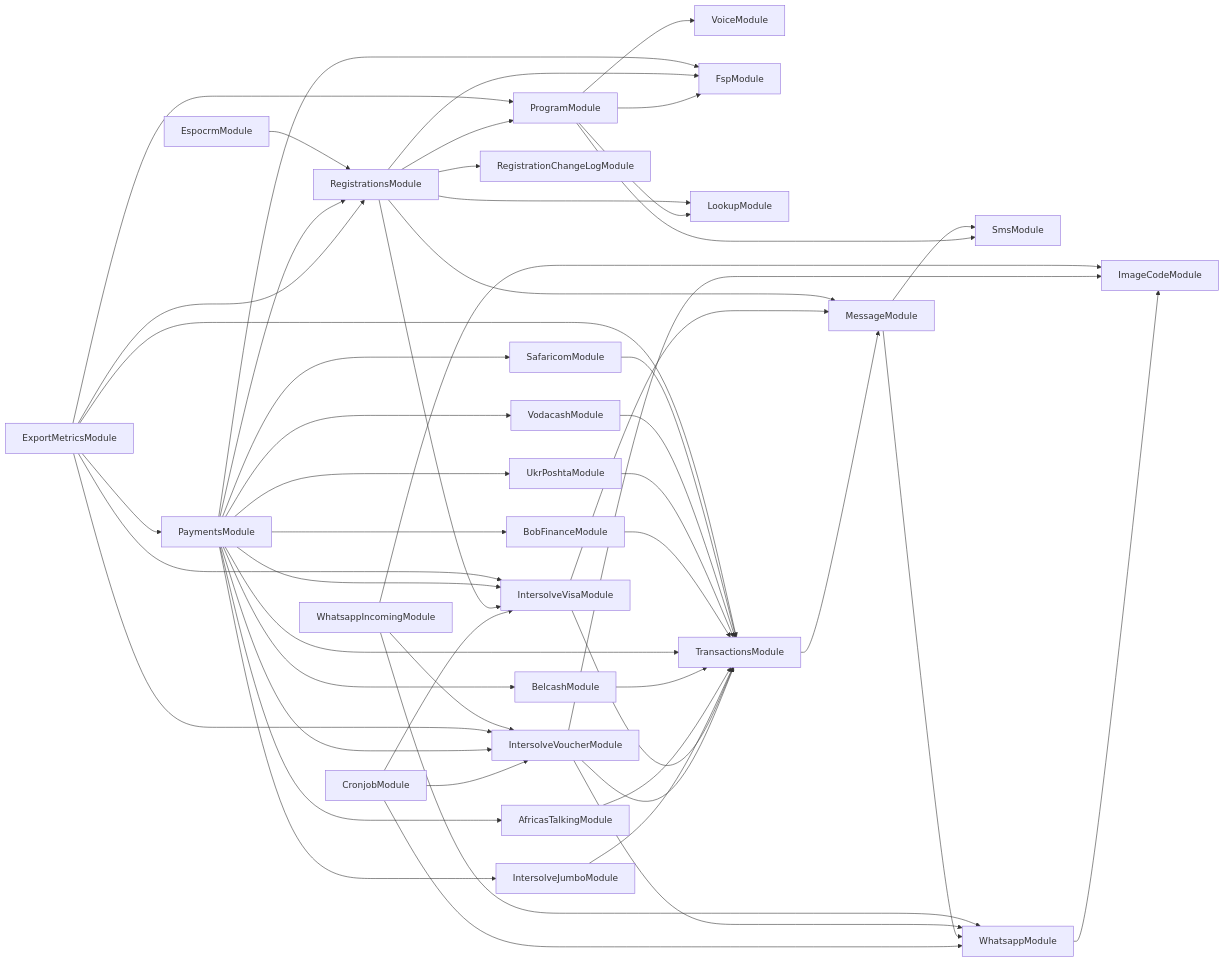
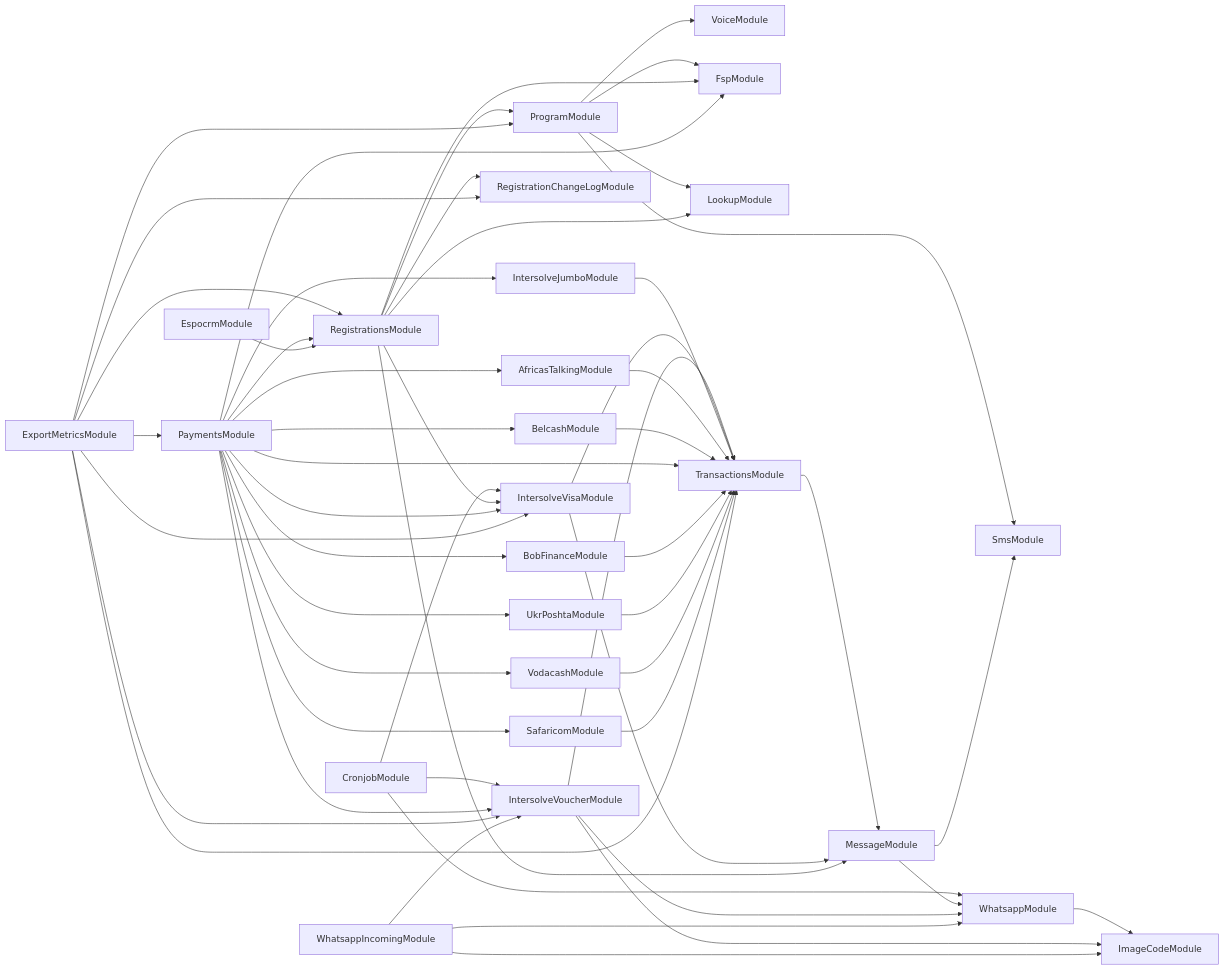
Before and after one commit to global-121/121-platform: the diagram in services/121-service/module-dependencies.md, drawn with Mermaid. The commit also changed 4 other files, not shown here.

````diff
--- a/services/121-service/module-dependencies.md
+++ b/services/121-service/module-dependencies.md
@@ -3,54 +3,55 @@
 ```mermaid
 graph LR
   ProgramModule-->SmsModule
   ProgramModule-->VoiceModule
   ProgramModule-->FspModule
   ProgramModule-->LookupModule
   CronjobModule-->WhatsappModule
   WhatsappModule-->ImageCodeModule
   CronjobModule-->IntersolveVoucherModule
   IntersolveVoucherModule-->ImageCodeModule
   IntersolveVoucherModule-->TransactionsModule
   TransactionsModule-->MessageModule
   MessageModule-->WhatsappModule
   MessageModule-->SmsModule
   IntersolveVoucherModule-->WhatsappModule
   CronjobModule-->IntersolveVisaModule
   IntersolveVisaModule-->TransactionsModule
   IntersolveVisaModule-->MessageModule
   RegistrationsModule-->LookupModule
   RegistrationsModule-->ProgramModule
   RegistrationsModule-->FspModule
   RegistrationsModule-->MessageModule
   RegistrationsModule-->IntersolveVisaModule
   RegistrationsModule-->RegistrationChangeLogModule
   ExportMetricsModule-->ProgramModule
   ExportMetricsModule-->RegistrationsModule
   ExportMetricsModule-->PaymentsModule
   PaymentsModule-->FspModule
   PaymentsModule-->IntersolveVoucherModule
   PaymentsModule-->IntersolveVisaModule
   PaymentsModule-->IntersolveJumboModule
   IntersolveJumboModule-->TransactionsModule
   PaymentsModule-->AfricasTalkingModule
   AfricasTalkingModule-->TransactionsModule
   PaymentsModule-->BelcashModule
   BelcashModule-->TransactionsModule
   PaymentsModule-->TransactionsModule
   PaymentsModule-->BobFinanceModule
   BobFinanceModule-->TransactionsModule
   PaymentsModule-->UkrPoshtaModule
   UkrPoshtaModule-->TransactionsModule
   PaymentsModule-->VodacashModule
   VodacashModule-->TransactionsModule
   PaymentsModule-->SafaricomModule
   SafaricomModule-->TransactionsModule
   PaymentsModule-->RegistrationsModule
   ExportMetricsModule-->TransactionsModule
   ExportMetricsModule-->IntersolveVisaModule
   ExportMetricsModule-->IntersolveVoucherModule
+  ExportMetricsModule-->RegistrationChangeLogModule
   WhatsappIncomingModule-->ImageCodeModule
   WhatsappIncomingModule-->IntersolveVoucherModule
   WhatsappIncomingModule-->WhatsappModule
   EspocrmModule-->RegistrationsModule
 ```
````
